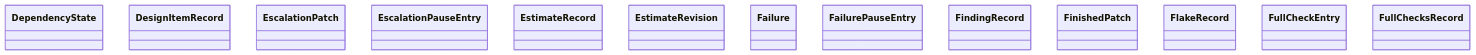
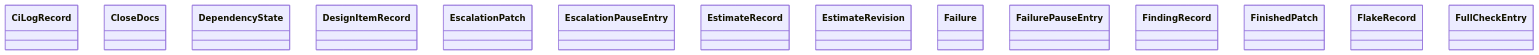
One commit to GonzaloZevallos/agentic-system changed the diagram in docs/architecture/generated/classes-process-domain-state-3.md. Above: the diagram before and after it, drawn with Mermaid. The commit also changed other lines of this file and 15 other files, not shown here.

````diff
--- a/docs/architecture/generated/classes-process-domain-state-3.md
+++ b/docs/architecture/generated/classes-process-domain-state-3.md
@@ -21,16 +21,17 @@
 ```mermaid
 classDiagram
+    class task__CiLogRecord["CiLogRecord"]
+    class task__CloseDocs["CloseDocs"]
     class task__DependencyState["DependencyState"]
     class task__DesignItemRecord["DesignItemRecord"]
     class task__EscalationPatch["EscalationPatch"]
     class task__EscalationPauseEntry["EscalationPauseEntry"]
     class task__EstimateRecord["EstimateRecord"]
     class task__EstimateRevision["EstimateRevision"]
     class task__Failure["Failure"]
     class task__FailurePauseEntry["FailurePauseEntry"]
     class task__FindingRecord["FindingRecord"]
     class task__FinishedPatch["FinishedPatch"]
     class task__FlakeRecord["FlakeRecord"]
     class task__FullCheckEntry["FullCheckEntry"]
-    class task__FullChecksRecord["FullChecksRecord"]
 ```
````
